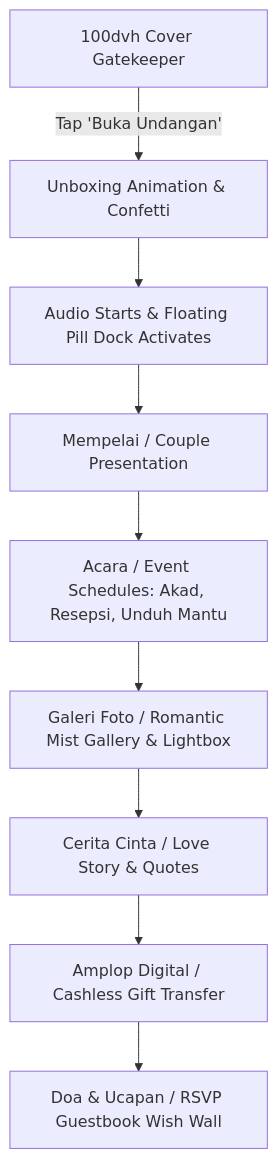
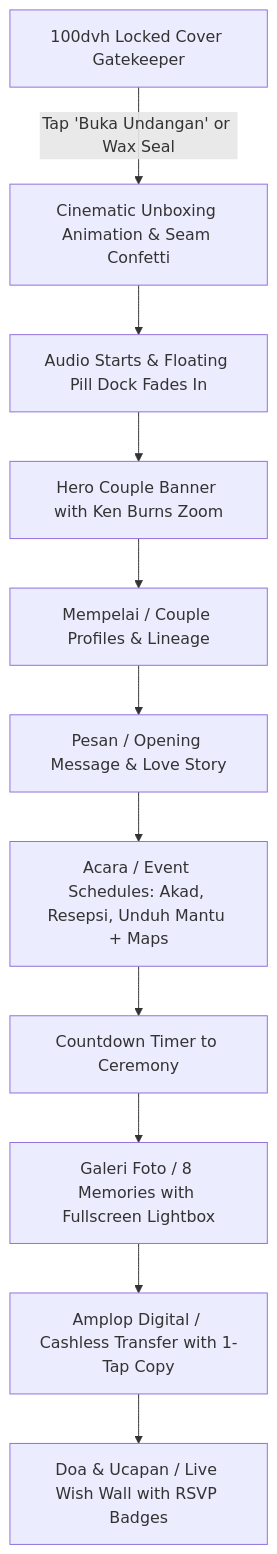
Before and after one commit to nugraha221001/elcelebrate: the second of 3 diagrams in PROJECT_CONTEXT.md, drawn with Mermaid. The commit also changed other lines of this file and 6 other files, not shown here.

````diff
--- a/PROJECT_CONTEXT.md
+++ b/PROJECT_CONTEXT.md
@@ -621,11 +424,13 @@
 ```mermaid
 flowchart TD
-    A[100dvh Cover Gatekeeper] -->|Tap 'Buka Undangan'| B[Unboxing Animation & Confetti]
-    B --> C[Audio Starts & Floating Pill Dock Activates]
-    C --> D[Mempelai / Couple Presentation]
-    D --> E[Acara / Event Schedules: Akad, Resepsi, Unduh Mantu]
-    E --> F[Galeri Foto / Romantic Mist Gallery & Lightbox]
-    F --> G[Cerita Cinta / Love Story & Quotes]
-    G --> H[Amplop Digital / Cashless Gift Transfer]
-    H --> I[Doa & Ucapan / RSVP Guestbook Wish Wall]
+    A[100dvh Locked Cover Gatekeeper] -->|Tap 'Buka Undangan' or Wax Seal| B[Cinematic Unboxing Animation & Seam Confetti]
+    B --> C[Audio Starts & Floating Pill Dock Fades In]
+    C --> D[Hero Couple Banner with Ken Burns Zoom]
+    D --> E[Mempelai / Couple Profiles & Lineage]
+    E --> F[Pesan / Opening Message & Love Story]
+    F --> G[Acara / Event Schedules: Akad, Resepsi, Unduh Mantu + Maps]
+    G --> H[Countdown Timer to Ceremony]
+    H --> I[Galeri Foto / 8 Memories with Fullscreen Lightbox]
+    I --> J[Amplop Digital / Cashless Transfer with 1-Tap Copy]
+    J --> K[Doa & Ucapan / Live Wish Wall with RSVP Badges]
 ```
````
